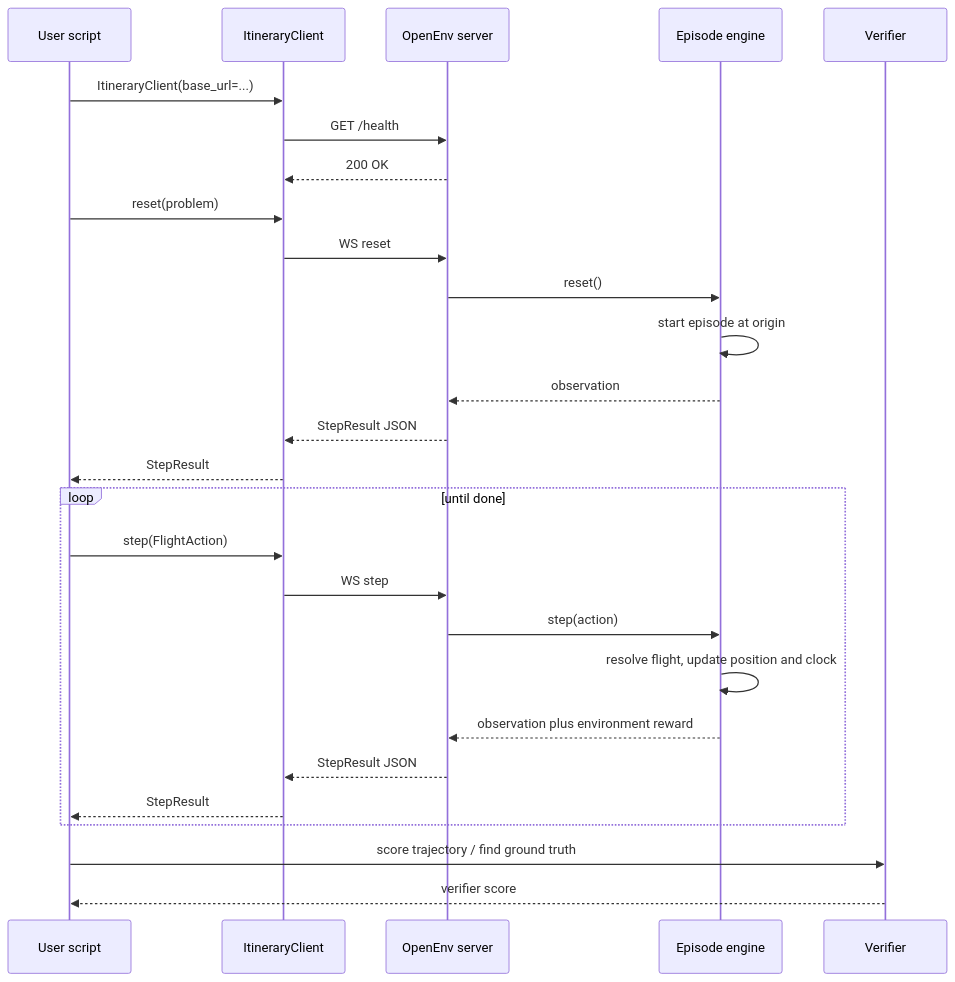
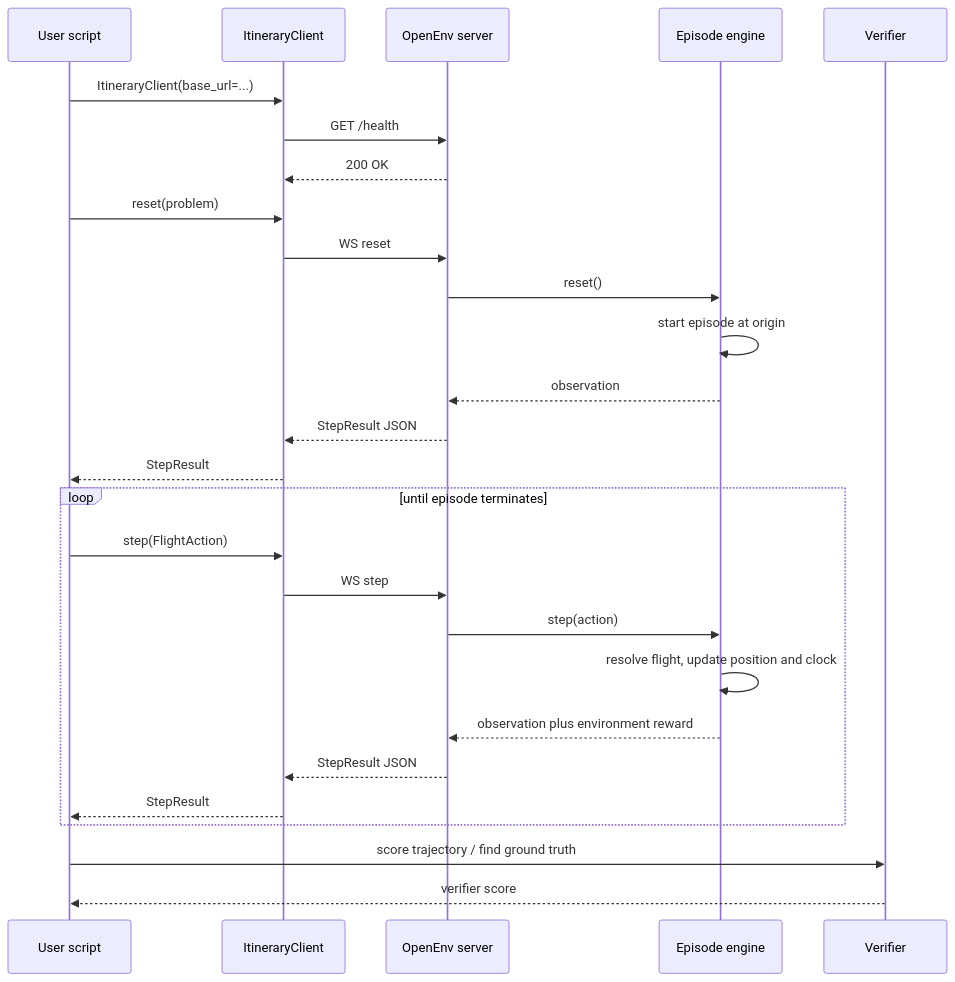
One commit to lsoros/itinerary-RL changed the diagram in docs/spec.md. Above: the diagram before and after it, drawn with Mermaid.

````diff
--- a/docs/spec.md
+++ b/docs/spec.md
@@ -9,33 +9,33 @@
 ```mermaid
 sequenceDiagram
   participant Script as User script
   participant Client as ItineraryClient
   participant Server as OpenEnv server
   participant Engine as Episode engine
   participant Verifier as Verifier
 
   Script->>Client: ItineraryClient(base_url=...)
   Client->>Server: GET /health
   Server-->>Client: 200 OK
 
   Script->>Client: reset(problem)
   Client->>Server: WS reset
   Server->>Engine: reset()
   Engine->>Engine: start episode at origin
   Engine-->>Server: observation
   Server-->>Client: StepResult JSON
   Client-->>Script: StepResult
 
-  loop until done
+  loop until episode terminates
     Script->>Client: step(FlightAction)
     Client->>Server: WS step
     Server->>Engine: step(action)
     Engine->>Engine: resolve flight, update position and clock
     Engine-->>Server: observation plus environment reward
     Server-->>Client: StepResult JSON
     Client-->>Script: StepResult
   end
 
   Script->>Verifier: score trajectory / find ground truth
   Verifier-->>Script: verifier score
 ```
````
